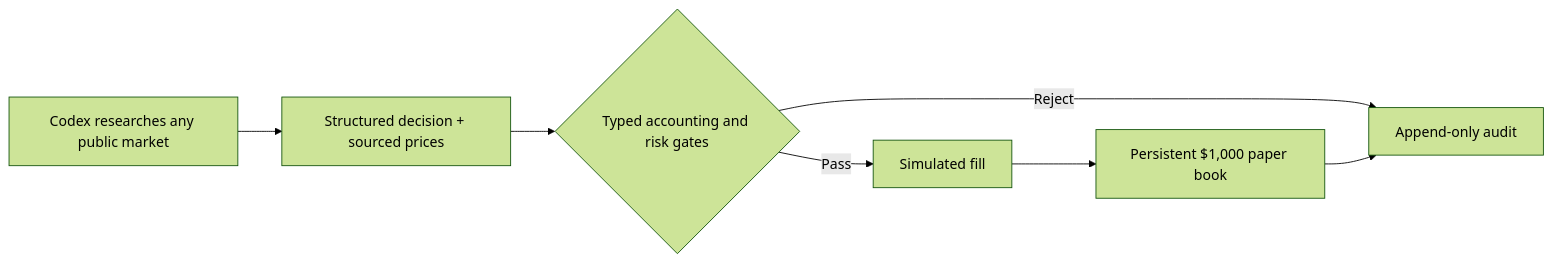
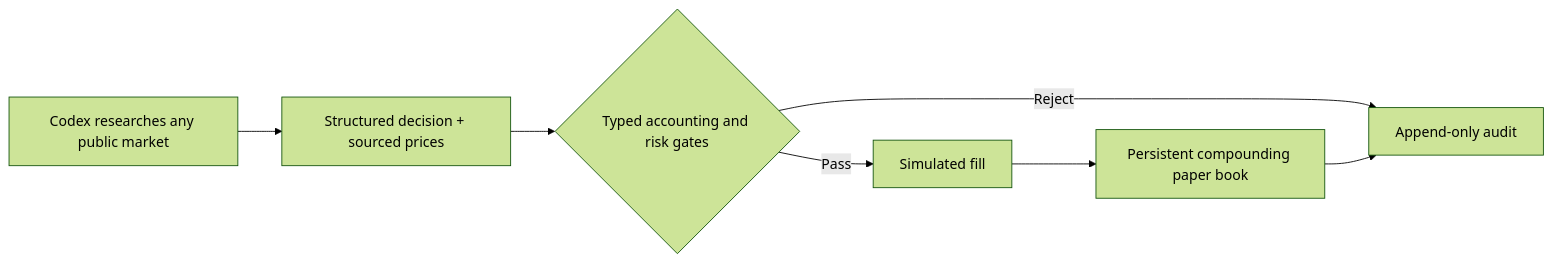
The diagram in README.md (Amadeus415/agentic_trading), drawn with Mermaid (forest theme) before and after one commit. The commit also changed other lines of this file and 2 other files, not shown here.

First line of the commit message:
docs: describe $100k growth objective and compounding stages

````diff
--- a/README.md
+++ b/README.md
@@ -23,9 +23,9 @@
 ```mermaid
 flowchart LR
     C["Codex researches any public market"] --> D["Structured decision + sourced prices"]
     D --> G{"Typed accounting and risk gates"}
     G -->|Reject| A["Append-only audit"]
     G -->|Pass| P["Simulated fill"]
-    P --> B["Persistent $1,000 paper book"]
+    P --> B["Persistent compounding paper book"]
     B --> A
 ```
````
